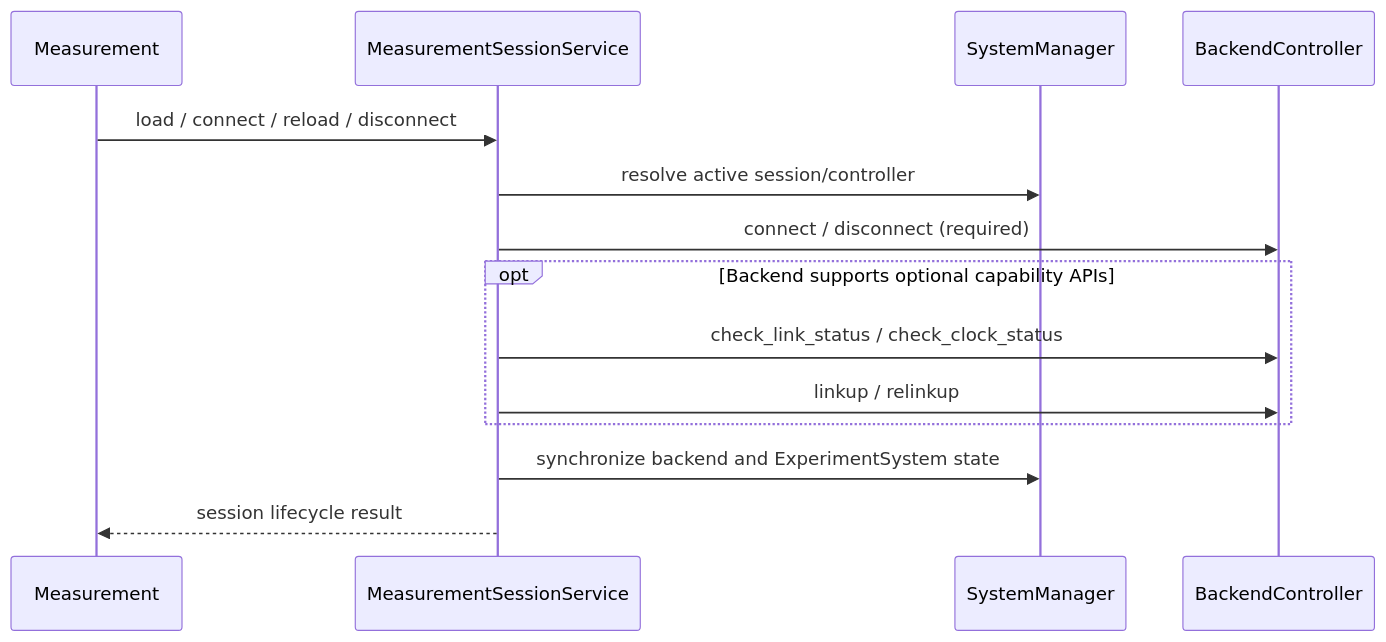
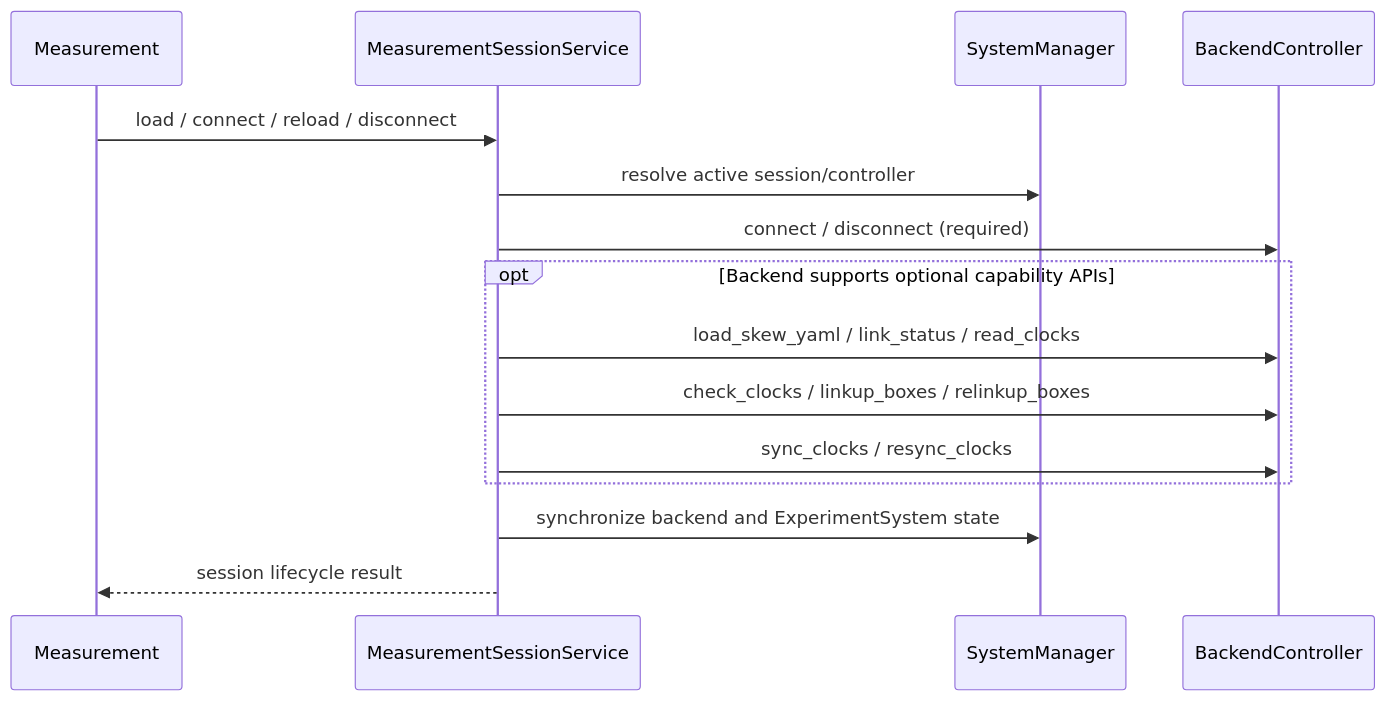
One commit to amachino/qubex changed the second of 3 diagrams in docs/developer-notes/measurement-backend-responsibility-policy.md. Above: the diagram before and after it, drawn with Mermaid. The commit also changed other lines of this file and 2 other files, not shown here.

Commit message:
Update backend architecture docs for capability protocols and compat layout

````diff
--- a/docs/developer-notes/measurement-backend-responsibility-policy.md
+++ b/docs/developer-notes/measurement-backend-responsibility-policy.md
@@ -228,17 +276,18 @@
 ```mermaid
 sequenceDiagram
   participant MC as Measurement
   participant MSS as MeasurementSessionService
   participant SM as SystemManager
   participant BC as BackendController
 
   MC->>MSS: load / connect / reload / disconnect
   MSS->>SM: resolve active session/controller
   MSS->>BC: connect / disconnect (required)
   opt Backend supports optional capability APIs
-    MSS->>BC: check_link_status / check_clock_status
-    MSS->>BC: linkup / relinkup
+    MSS->>BC: load_skew_yaml / link_status / read_clocks
+    MSS->>BC: check_clocks / linkup_boxes / relinkup_boxes
+    MSS->>BC: sync_clocks / resync_clocks
   end
   MSS->>SM: synchronize backend and ExperimentSystem state
   MSS-->>MC: session lifecycle result
 ```
````
